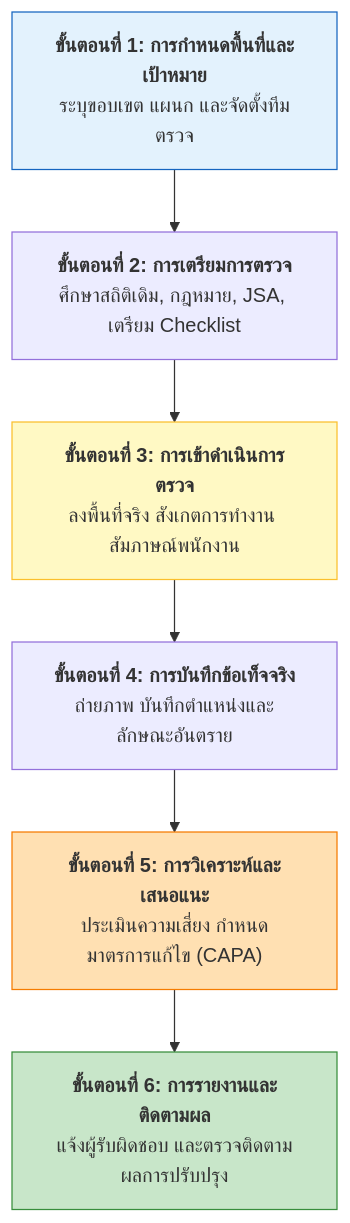
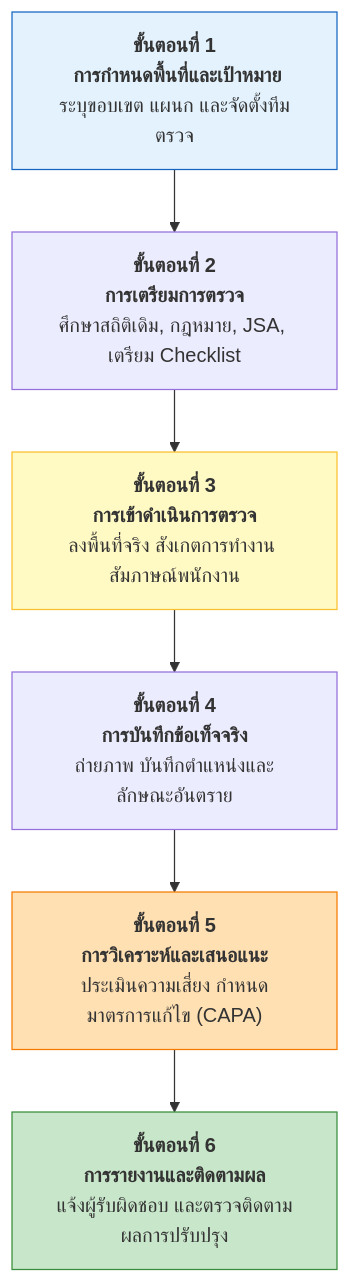
Before and after one commit to 69030022-code/OHS_2569: the first of 5 diagrams in Week-11/Week11-03.md, drawn with Mermaid. The commit also changed other lines of this file, not shown here.

````diff
--- a/Week-11/Week11-03.md
+++ b/Week-11/Week11-03.md
@@ -20,13 +20,13 @@
 ```mermaid
 flowchart TD
-    S1["<b>ขั้นตอนที่ 1: การกำหนดพื้นที่และเป้าหมาย</b><br>ระบุขอบเขต แผนก และจัดตั้งทีมตรวจ"] --> S2["<b>ขั้นตอนที่ 2: การเตรียมการตรวจ</b><br>ศึกษาสถิติเดิม, กฎหมาย, JSA, เตรียม Checklist"]
-    S2 --> S3["<b>ขั้นตอนที่ 3: การเข้าดำเนินการตรวจ</b><br>ลงพื้นที่จริง สังเกตการทำงาน สัมภาษณ์พนักงาน"]
-    S3 --> S4["<b>ขั้นตอนที่ 4: การบันทึกข้อเท็จจริง</b><br>ถ่ายภาพ บันทึกตำแหน่งและลักษณะอันตราย"]
-    S4 --> S5["<b>ขั้นตอนที่ 5: การวิเคราะห์และเสนอแนะ</b><br>ประเมินความเสี่ยง กำหนดมาตรการแก้ไข (CAPA)"]
-    S5 --> S6["<b>ขั้นตอนที่ 6: การรายงานและติดตามผล</b><br>แจ้งผู้รับผิดชอบ และตรวจติดตามผลการปรับปรุง"]
+    S1["<b>ขั้นตอนที่ 1<br> การกำหนดพื้นที่และเป้าหมาย</b><br>ระบุขอบเขต แผนก และจัดตั้งทีมตรวจ"] --> S2["<b>ขั้นตอนที่ 2<br>การเตรียมการตรวจ</b><br>ศึกษาสถิติเดิม, กฎหมาย, JSA, เตรียม Checklist"]
+    S2 --> S3["<b>ขั้นตอนที่ 3<br>การเข้าดำเนินการตรวจ</b><br>ลงพื้นที่จริง สังเกตการทำงาน สัมภาษณ์พนักงาน"]
+    S3 --> S4["<b>ขั้นตอนที่ 4<br>การบันทึกข้อเท็จจริง</b><br>ถ่ายภาพ บันทึกตำแหน่งและลักษณะอันตราย"]
+    S4 --> S5["<b>ขั้นตอนที่ 5<br>การวิเคราะห์และเสนอแนะ</b><br>ประเมินความเสี่ยง กำหนดมาตรการแก้ไข (CAPA)"]
+    S5 --> S6["<b>ขั้นตอนที่ 6<br>การรายงานและติดตามผล</b><br>แจ้งผู้รับผิดชอบ และตรวจติดตามผลการปรับปรุง"]
 
     style S1 fill:#e3f2fd,stroke:#1565c0
     style S3 fill:#fff9c4,stroke:#fbc02d
     style S5 fill:#ffe0b2,stroke:#f57c00
     style S6 fill:#c8e6c9,stroke:#388e3c
 ```
````
